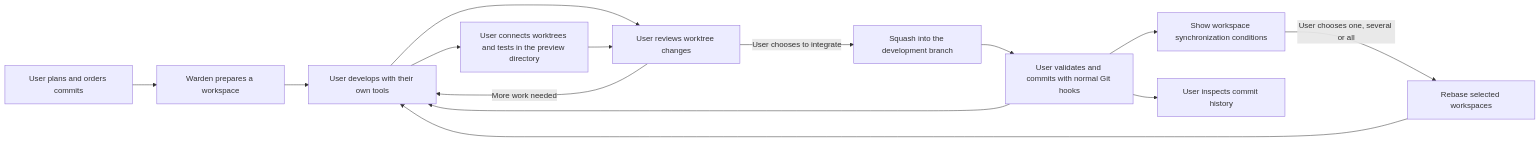
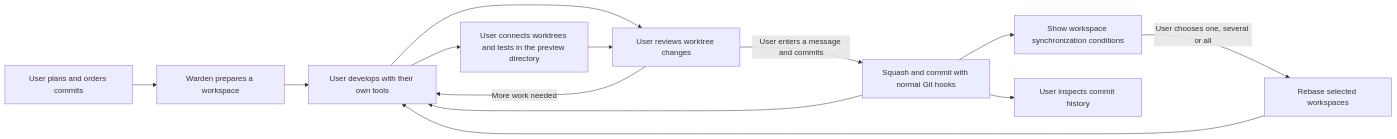
One commit to xbghc/warden changed the diagram in docs/workflow.md. Above: the diagram before and after it, drawn with Mermaid. The commit also changed other lines of this file and 52 other files, not shown here.

````diff
--- a/docs/workflow.md
+++ b/docs/workflow.md
@@ -129,16 +130,15 @@
 ```mermaid
 flowchart LR
   P[User plans and orders commits] --> W[Warden prepares a workspace]
   W --> E[User develops with their own tools]
   E --> V[User connects worktrees and tests in the preview directory]
   E --> R[User reviews worktree changes]
   V --> R[User reviews worktree changes]
   R -->|More work needed| E
-  R -->|User chooses to integrate| S[Squash into the development branch]
-  S --> C[User validates and commits with normal Git hooks]
+  R -->|User enters a message and commits| C[Squash and commit with normal Git hooks]
   C --> E
   C --> N[Show workspace synchronization conditions]
   N -->|User chooses one, several or all| B[Rebase selected workspaces]
   B --> E
   C --> H[User inspects commit history]
 ```
````
